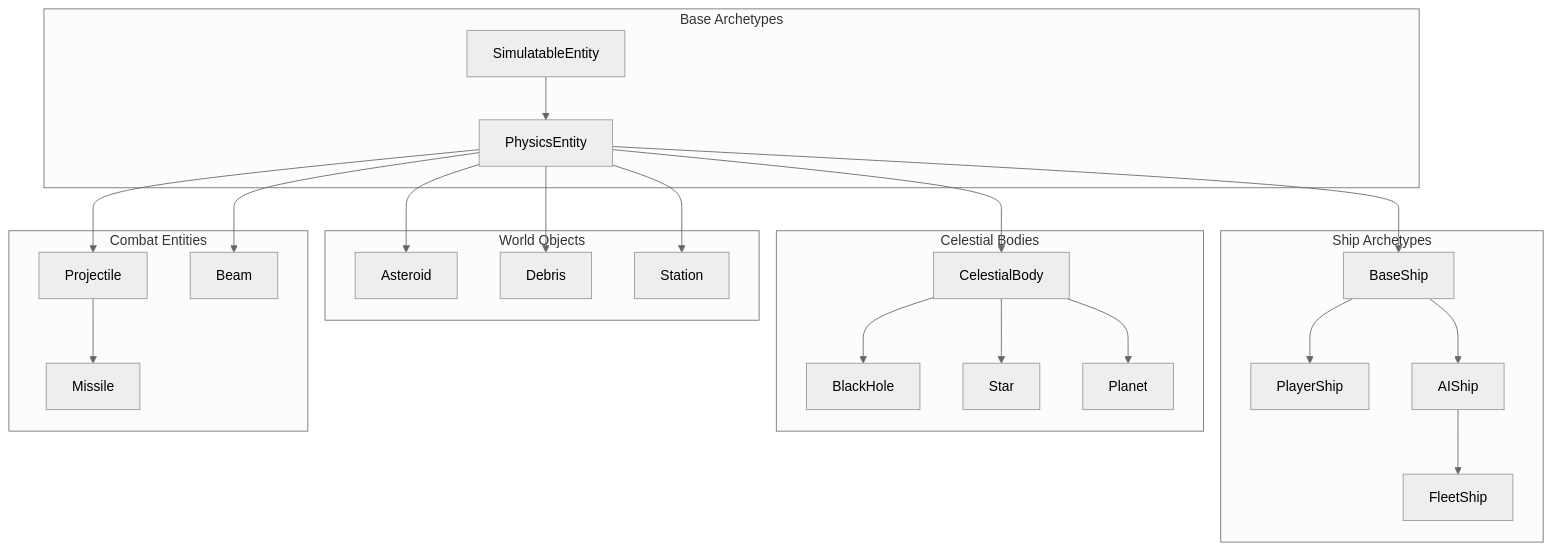
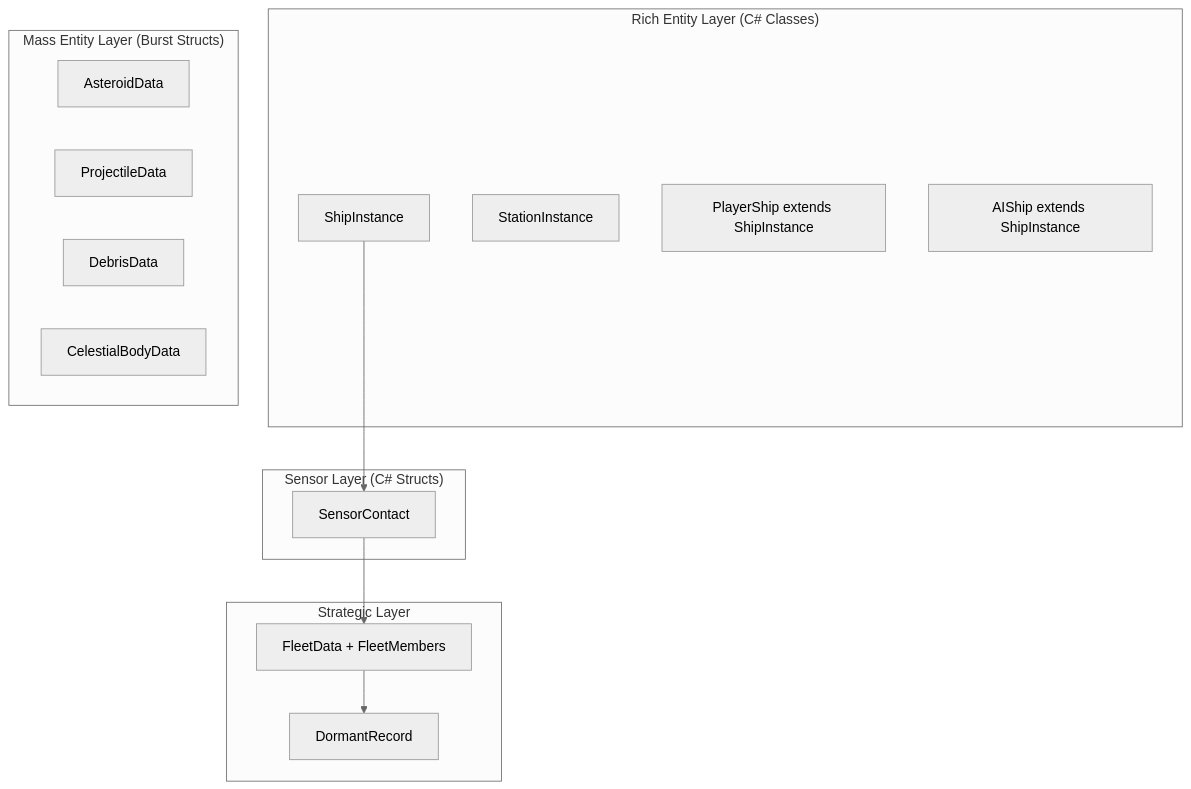
The first of 8 diagrams in .obsidian/architecture/04-archetype-strategy.md (zephkelly/starfire), drawn with Mermaid (neutral theme) before and after one commit. The commit also changed other lines of this file and 27 other files, not shown here.

Commit message:
feat: update architecture docs to include modding system

````diff
--- a/.obsidian/architecture/04-archetype-strategy.md
+++ b/.obsidian/architecture/04-archetype-strategy.md
@@ -9,52 +9,29 @@
 ```mermaid
 graph TD
-    subgraph Base["Base Archetypes"]
-        SE[SimulatableEntity]
-        PE[PhysicsEntity]
+    subgraph Rich["Rich Entity Layer (C# Classes)"]
+        SI[ShipInstance]
+        STI[StationInstance]
+        PS[PlayerShip extends ShipInstance]
+        AIS[AIShip extends ShipInstance]
     end
 
-    subgraph Ships["Ship Archetypes"]
-        BS[BaseShip]
-        PS[PlayerShip]
-        AS[AIShip]
-        FS[FleetShip]
+    subgraph Sensor["Sensor Layer (C# Structs)"]
+        SC[SensorContact]
     end
 
-    subgraph Objects["World Objects"]
-        AST[Asteroid]
-        DEB[Debris]
-        STA[Station]
+    subgraph Strategic["Strategic Layer"]
+        FD[FleetData + FleetMembers]
+        DR[DormantRecord]
     end
 
-    subgraph Celestial["Celestial Bodies"]
-        CB[CelestialBody]
-        BH[BlackHole]
-        STAR[Star]
-        PLN[Planet]
+    subgraph Mass["Mass Entity Layer (Burst Structs)"]
+        AD[AsteroidData]
+        PD[ProjectileData]
+        DD[DebrisData]
+        CBD[CelestialBodyData]
     end
 
-    subgraph Combat["Combat Entities"]
-        PRJ[Projectile]
-        MSL[Missile]
-        BM[Beam]
-    end
-
-    SE --> PE
-    PE --> BS
-    PE --> AST
-    PE --> DEB
-    PE --> STA
-    PE --> CB
-
-    BS --> PS
-    BS --> AS
-    AS --> FS
-
-    CB --> BH
-    CB --> STAR
-    CB --> PLN
-
-    PE --> PRJ
-    PRJ --> MSL
-    PE --> BM
+    SI --> SC
+    SC --> FD
+    FD --> DR
 ```
````
